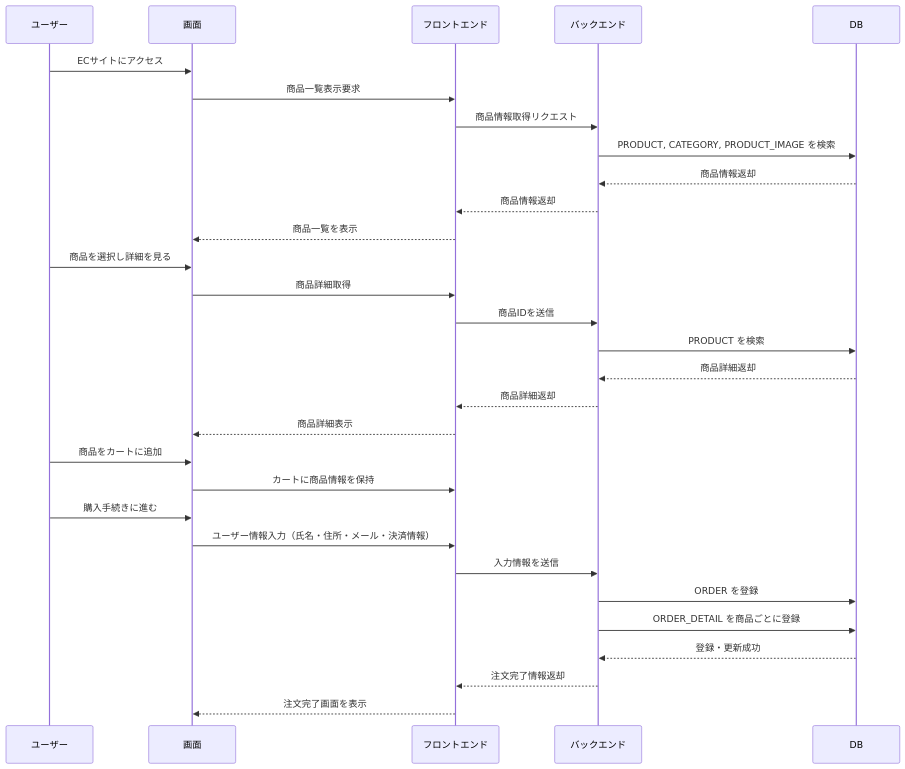
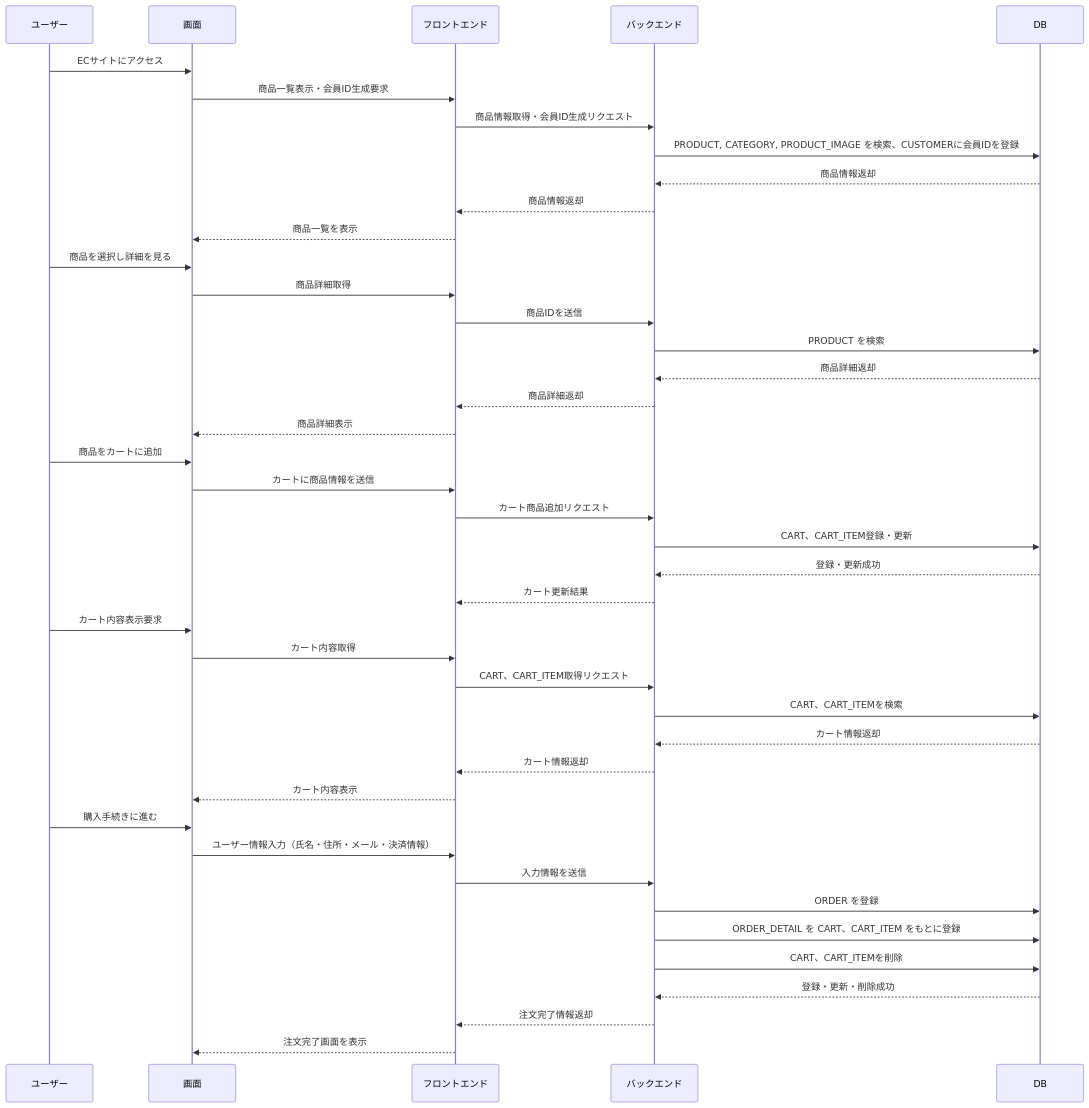
Before and after one commit to YUKlT0/Equipe: the second of 5 diagrams in 基本設計/各担当者ファイル/D.md, drawn with Mermaid. The commit also changed other lines of this file and 1 other file, not shown here.

```diff
--- a/基本設計/各担当者ファイル/D.md
+++ b/基本設計/各担当者ファイル/D.md
@@ -137,38 +174,51 @@
 <div class="mermaid">
 sequenceDiagram
     participant ユーザー
     participant 画面
     participant フロントエンド
     participant バックエンド
     participant DB
 
     ユーザー->>画面: ECサイトにアクセス
-    画面->>フロントエンド: 商品一覧表示要求
-    フロントエンド->>バックエンド: 商品情報取得リクエスト
-    バックエンド->>DB: PRODUCT, CATEGORY, PRODUCT_IMAGE を検索
+    画面->>フロントエンド: 商品一覧表示・会員ID生成要求
+    フロントエンド->>バックエンド: 商品情報取得・会員ID生成リクエスト
+    バックエンド->>DB: PRODUCT, CATEGORY, PRODUCT_IMAGE を検索、CUSTOMERに会員IDを登録
     DB-->>バックエンド: 商品情報返却
     バックエンド-->>フロントエンド: 商品情報返却
     フロントエンド-->>画面: 商品一覧を表示
 
     ユーザー->>画面: 商品を選択し詳細を見る
     画面->>フロントエンド: 商品詳細取得
     フロントエンド->>バックエンド: 商品IDを送信
     バックエンド->>DB: PRODUCT を検索
     DB-->>バックエンド: 商品詳細返却
     バックエンド-->>フロントエンド: 商品詳細返却
     フロントエンド-->>画面: 商品詳細表示
 
     ユーザー->>画面: 商品をカートに追加
-    画面->>フロントエンド: カートに商品情報を保持
+    画面->>フロントエンド: カートに商品情報を送信
+    フロントエンド->>バックエンド: カート商品追加リクエスト
+    バックエンド->>DB: CART、CART_ITEM登録・更新
+    DB-->>バックエンド: 登録・更新成功
+    バックエンド-->>フロントエンド: カート更新結果
+
+    ユーザー->>画面: カート内容表示要求
+    画面->>フロントエンド: カート内容取得
+    フロントエンド->>バックエンド: CART、CART_ITEM取得リクエスト
+    バックエンド->>DB: CART、CART_ITEMを検索
+    DB-->>バックエンド: カート情報返却
+    バックエンド-->>フロントエンド: カート情報返却
+    フロントエンド-->>画面: カート内容表示
 
     ユーザー->>画面: 購入手続きに進む
     画面->>フロントエンド: ユーザー情報入力（氏名・住所・メール・決済情報）
     フロントエンド->>バックエンド: 入力情報を送信
 
     バックエンド->>DB: ORDER を登録
-    バックエンド->>DB: ORDER_DETAIL を商品ごとに登録
+    バックエンド->>DB: ORDER_DETAIL を CART、CART_ITEM をもとに登録
+    バックエンド->>DB: CART、CART_ITEMを削除
 
-    DB-->>バックエンド: 登録・更新成功
+    DB-->>バックエンド: 登録・更新・削除成功
     バックエンド-->>フロントエンド: 注文完了情報返却
     フロントエンド-->>画面: 注文完了画面を表示
 </div>
```
